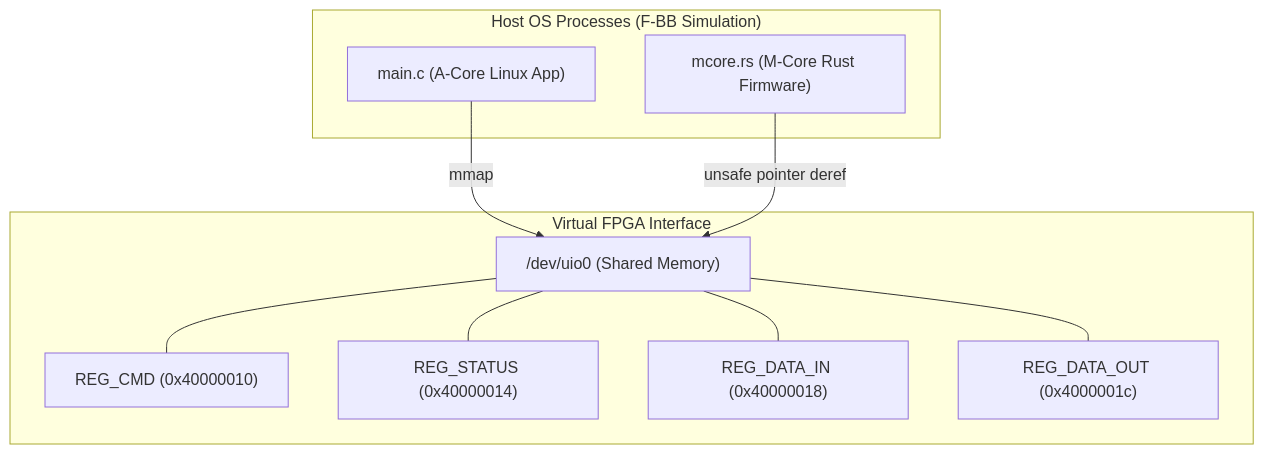
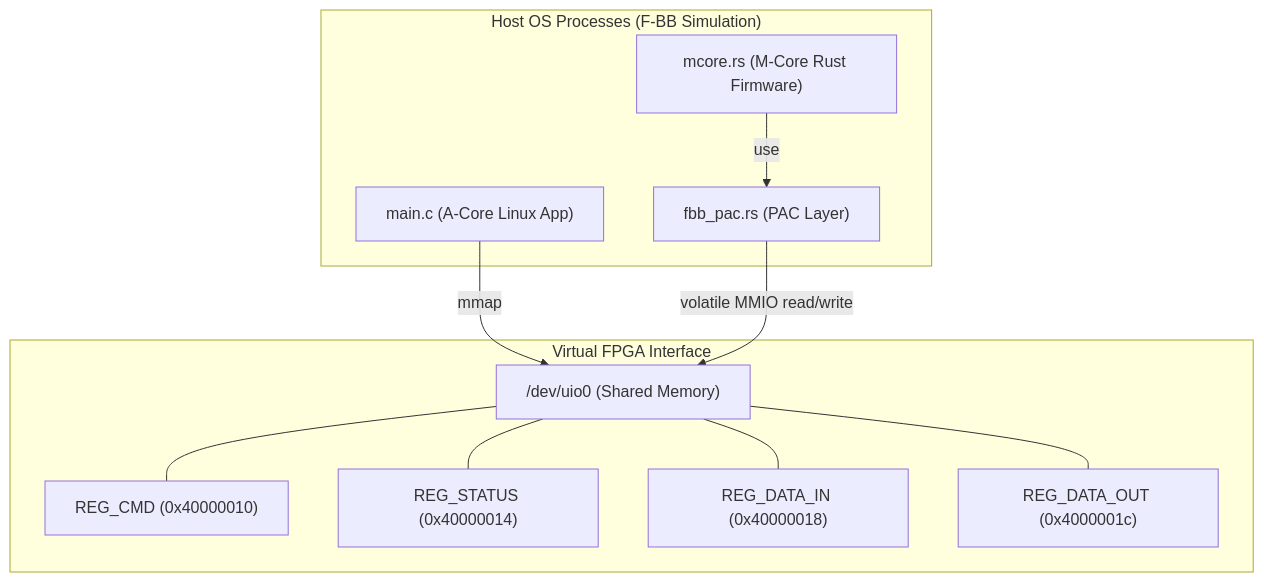
One commit to sirosiro/FPGA-BoardlessBench changed the first of 2 diagrams in tests/scenarios/16_amp_mcore_Rust_baremetal/README.md. Above: the diagram before and after it, drawn with Mermaid. The commit also changed other lines of this file and 11 other files, not shown here.

````diff
--- a/tests/scenarios/16_amp_mcore_Rust_baremetal/README.md
+++ b/tests/scenarios/16_amp_mcore_Rust_baremetal/README.md
@@ -9,23 +9,25 @@
 ```mermaid
 graph TD
     subgraph "Host OS Processes (F-BB Simulation)"
         ACore["main.c (A-Core Linux App)"]
         MCore["mcore.rs (M-Core Rust Firmware)"]
+        PAC["fbb_pac.rs (PAC Layer)"]
     end
     
     subgraph "Virtual FPGA Interface"
         UIO["/dev/uio0 (Shared Memory)"]
         CMD["REG_CMD (0x40000010)"]
         STATUS["REG_STATUS (0x40000014)"]
         DATA_IN["REG_DATA_IN (0x40000018)"]
         DATA_OUT["REG_DATA_OUT (0x4000001c)"]
     end
     
     ACore -->|mmap| UIO
-    MCore -->|unsafe pointer deref| UIO
+    MCore -->|use| PAC
+    PAC -->|volatile MMIO read/write| UIO
     
     UIO --- CMD
     UIO --- STATUS
     UIO --- DATA_IN
     UIO --- DATA_OUT
 ```
````
